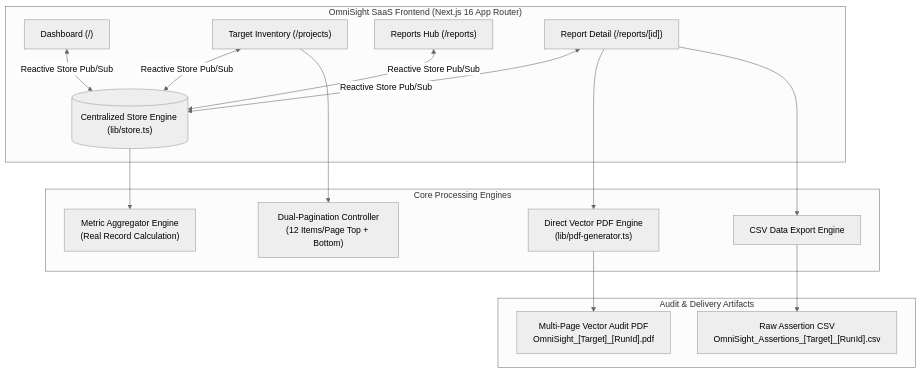
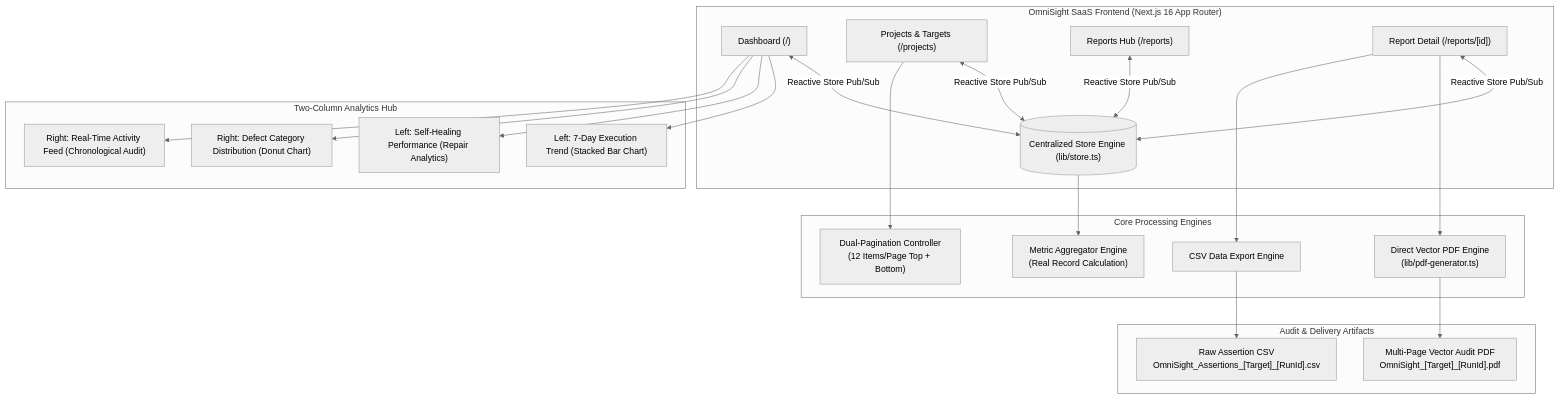
Before and after one commit to Yaseen120821/OmniSight-Multimodal-UI-Self-Healing-RPA-Agent: the diagram in README.md, drawn with Mermaid (neutral theme). The commit also changed other lines of this file and 9 other files, not shown here.

Commit message:
feat(dashboard): redesign dashboard to match reference screenshot with two-column analytics, self-healing metrics, recent test runs table, and numbered pagination

````diff
--- a/README.md
+++ b/README.md
@@ -22,21 +24,28 @@
 ```mermaid
 flowchart TD
     subgraph UI ["OmniSight SaaS Frontend (Next.js 16 App Router)"]
         A["Dashboard (/)"] <-->|Reactive Store Pub/Sub| STORE[("Centralized Store Engine (lib/store.ts)")]
-        B["Target Inventory (/projects)"] <-->|Reactive Store Pub/Sub| STORE
+        B["Projects & Targets (/projects)"] <-->|Reactive Store Pub/Sub| STORE
         C["Reports Hub (/reports)"] <-->|Reactive Store Pub/Sub| STORE
         D["Report Detail (/reports/[id])"] <-->|Reactive Store Pub/Sub| STORE
+    end
+
+    subgraph Analytics ["Two-Column Analytics Hub"]
+        A --> T1["Left: 7-Day Execution Trend (Stacked Bar Chart)"]
+        A --> T2["Left: Self-Healing Performance (Repair Analytics)"]
+        A --> T3["Right: Defect Category Distribution (Donut Chart)"]
+        A --> T4["Right: Real-Time Activity Feed (Chronological Audit)"]
     end
 
     subgraph Engines ["Core Processing Engines"]
         STORE --> E["Metric Aggregator Engine\n(Real Record Calculation)"]
         D --> F["Direct Vector PDF Engine\n(lib/pdf-generator.ts)"]
         D --> G["CSV Data Export Engine"]
         B --> H["Dual-Pagination Controller\n(12 Items/Page Top + Bottom)"]
     end
 
     subgraph Export ["Audit & Delivery Artifacts"]
         F --> I["Multi-Page Vector Audit PDF\nOmniSight_[Target]_[RunId].pdf"]
         G --> J["Raw Assertion CSV\nOmniSight_Assertions_[Target]_[RunId].csv"]
     end
 ```
````
